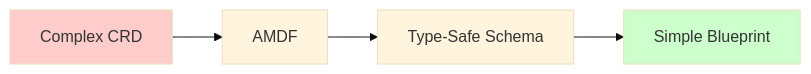
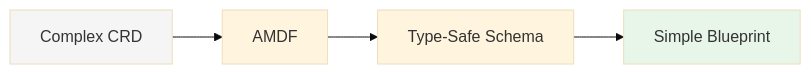
The first of 2 diagrams in docs/index.md (segoja7/agnostic-multicloud-delivery-framework), drawn with Mermaid (base theme) before and after one commit. The commit also changed other lines of this file and 8 other files, not shown here.

Commit message:
docs: update docs with new features and diagrams

````diff
--- a/docs/index.md
+++ b/docs/index.md
@@ -29,6 +37,6 @@
 ```mermaid
 graph LR
     A[Complex CRD] --> B[AMDF] --> C[Type-Safe Schema] --> D[Simple Blueprint]
-    style A fill:#ffcccc
-    style D fill:#ccffcc
+    style A fill:#f5f5f5
+    style D fill:#e8f5e9
 ```
````
